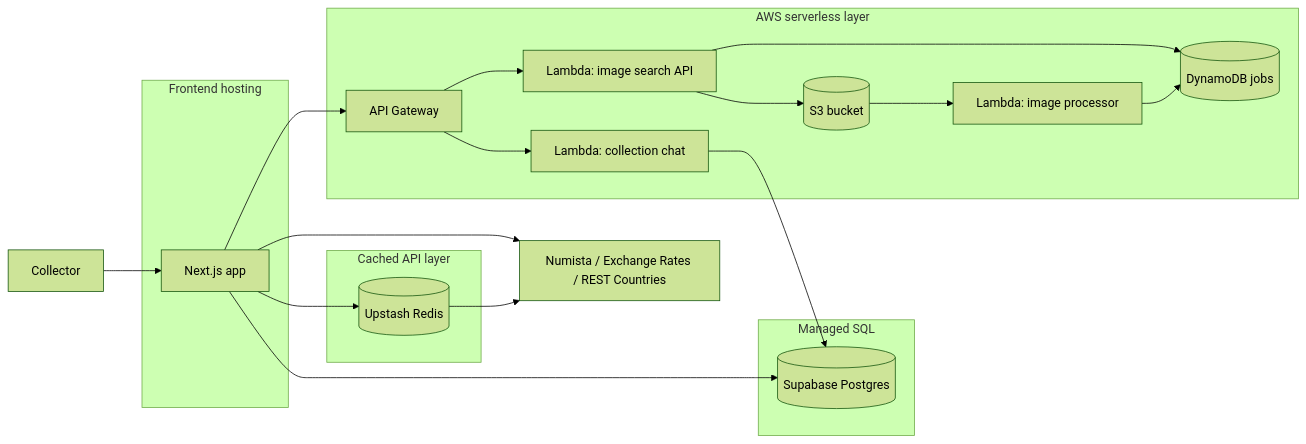
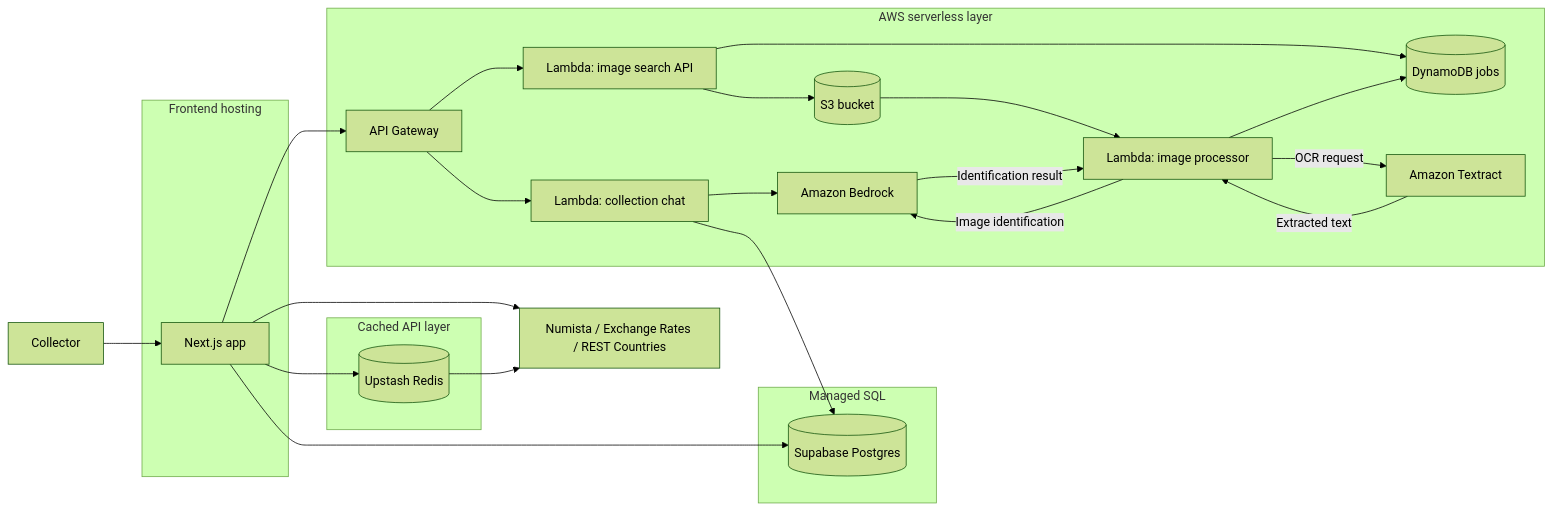
One commit to hienmarc/money-collection-app changed the diagram in docs/ARCHITECTURE.md. Above: the diagram before and after it, drawn with Mermaid (forest theme).

Commit message:
Textract bedrock added in diagram

````diff
--- a/docs/ARCHITECTURE.md
+++ b/docs/ARCHITECTURE.md
@@ -14,41 +14,48 @@
 ```mermaid
 flowchart LR
     User[Collector]
 
     subgraph Vercel[Frontend hosting]
         Frontend[Next.js app]
     end
 
     subgraph Supabase[Managed SQL]
         DB[(Supabase Postgres)]
     end
 
     subgraph AWS[AWS serverless layer]
         API[API Gateway]
         Chat[Lambda: collection chat]
         ImageAPI[Lambda: image search API]
         Processor[Lambda: image processor]
         S3[(S3 bucket)]
         DDB[(DynamoDB jobs)]
+        Textract[Amazon Textract]
+        Bedrock[Amazon Bedrock]
     end
 
     subgraph Cache[Cached API layer]
         Redis[(Upstash Redis)]
     end
 
     User --> Frontend
     Frontend --> DB
     Frontend --> API
     Frontend --> Redis
 
     API --> Chat
     API --> ImageAPI
     ImageAPI --> S3
     ImageAPI --> DDB
     S3 --> Processor
     Processor --> DDB
+    Processor -->|OCR request| Textract
+    Textract -->|Extracted text| Processor
+    Processor -->|Image identification| Bedrock
+    Bedrock -->|Identification result| Processor
 
     Chat --> DB
+    Chat --> Bedrock
     Frontend --> External[Numista / Exchange Rates / REST Countries]
     Redis --> External
 ```
````
